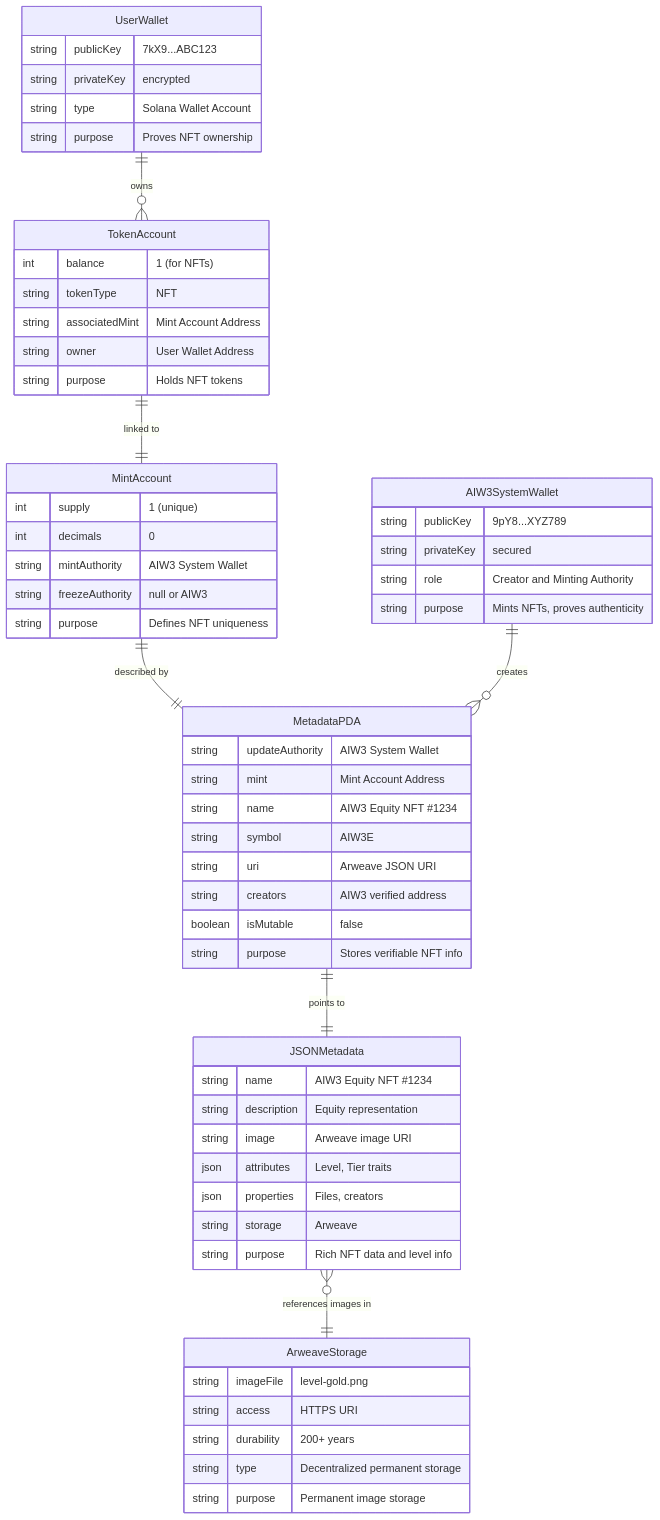
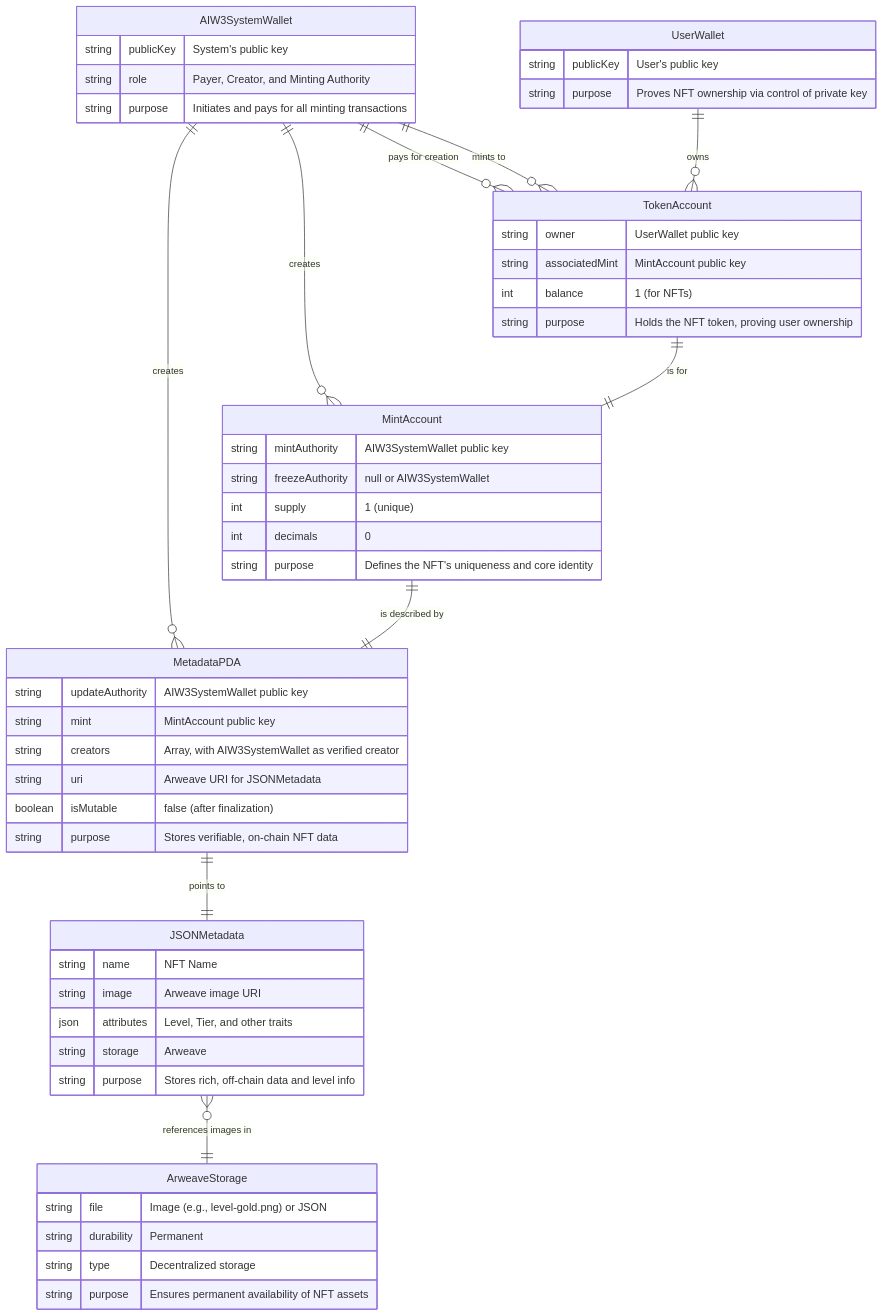
The first of 3 diagrams in docs/AIW3 NFT Ecosystem Integration: Decentralized Level Storage and Authenticity Verification.md (ljg-cqu/aiw3-nft-solana), drawn with Mermaid before and after one commit.

Commit message:
Refactor ERD to clarify NFT ownership model and system architecture

````diff
--- a/docs/AIW3 NFT Ecosystem Integration: Decentralized Level Storage and Authenticity Verification.md
+++ b/docs/AIW3 NFT Ecosystem Integration: Decentralized Level Storage and Authenticity Verification.md
@@ -182,68 +182,63 @@
 ```mermaid
 erDiagram
-    UserWallet ||--o{ TokenAccount : owns
-    TokenAccount ||--|| MintAccount : "linked to"
-    MintAccount ||--|| MetadataPDA : "described by"
-    AIW3SystemWallet ||--o{ MetadataPDA : creates
+    AIW3SystemWallet ||--o{ MintAccount : "creates"
+    AIW3SystemWallet ||--o{ TokenAccount : "pays for creation"
+    AIW3SystemWallet ||--o{ MetadataPDA : "creates"
+    AIW3SystemWallet ||--o{ TokenAccount : "mints to"
+
+    UserWallet ||--o{ TokenAccount : "owns"
+    TokenAccount ||--|| MintAccount : "is for"
+    MintAccount ||--|| MetadataPDA : "is described by"
     MetadataPDA ||--|| JSONMetadata : "points to"
     JSONMetadata }o--|| ArweaveStorage : "references images in"
 
     UserWallet {
-        string publicKey "7kX9...ABC123"
-        string privateKey "encrypted"
-        string type "Solana Wallet Account"
-        string purpose "Proves NFT ownership"
+        string publicKey "User's public key"
+        string purpose "Proves NFT ownership via control of private key"
     }
 
     TokenAccount {
+        string owner "UserWallet public key"
+        string associatedMint "MintAccount public key"
         int balance "1 (for NFTs)"
-        string tokenType "NFT"
-        string associatedMint "Mint Account Address"
-        string owner "User Wallet Address"
-        string purpose "Holds NFT tokens"
+        string purpose "Holds the NFT token, proving user ownership"
     }
 
     MintAccount {
+        string mintAuthority "AIW3SystemWallet public key"
+        string freezeAuthority "null or AIW3SystemWallet"
         int supply "1 (unique)"
         int decimals "0"
-        string mintAuthority "AIW3 System Wallet"
-        string freezeAuthority "null or AIW3"
-        string purpose "Defines NFT uniqueness"
+        string purpose "Defines the NFT's uniqueness and core identity"
     }
 
     MetadataPDA {
-        string updateAuthority "AIW3 System Wallet"
-        string mint "Mint Account Address"
-        string name "AIW3 Equity NFT #1234"
-        string symbol "AIW3E"
-        string uri "Arweave JSON URI"
-        string creators "AIW3 verified address"
-        boolean isMutable "false"
-        string purpose "Stores verifiable NFT info"
+        string updateAuthority "AIW3SystemWallet public key"
+        string mint "MintAccount public key"
+        string creators "Array, with AIW3SystemWallet as verified creator"
+        string uri "Arweave URI for JSONMetadata"
+        boolean isMutable "false (after finalization)"
+        string purpose "Stores verifiable, on-chain NFT data"
     }
 
     AIW3SystemWallet {
-        string publicKey "9pY8...XYZ789"
-        string privateKey "secured"
-        string role "Creator and Minting Authority"
-        string purpose "Mints NFTs, proves authenticity"
+        string publicKey "System's public key"
+        string role "Payer, Creator, and Minting Authority"
+        string purpose "Initiates and pays for all minting transactions"
     }
 
     JSONMetadata {
-        string name "AIW3 Equity NFT #1234"
-        string description "Equity representation"
+        string name "NFT Name"
         string image "Arweave image URI"
-        json attributes "Level, Tier traits"
-        json properties "Files, creators"
+        json attributes "Level, Tier, and other traits"
         string storage "Arweave"
-        string purpose "Rich NFT data and level info"
+        string purpose "Stores rich, off-chain data and level info"
     }
 
     ArweaveStorage {
-        string imageFile "level-gold.png"
-        string access "HTTPS URI"
-        string durability "200+ years"
-        string type "Decentralized permanent storage"
-        string purpose "Permanent image storage"
+        string file "Image (e.g., level-gold.png) or JSON"
+        string durability "Permanent"
+        string type "Decentralized storage"
+        string purpose "Ensures permanent availability of NFT assets"
     }
 ```
````
